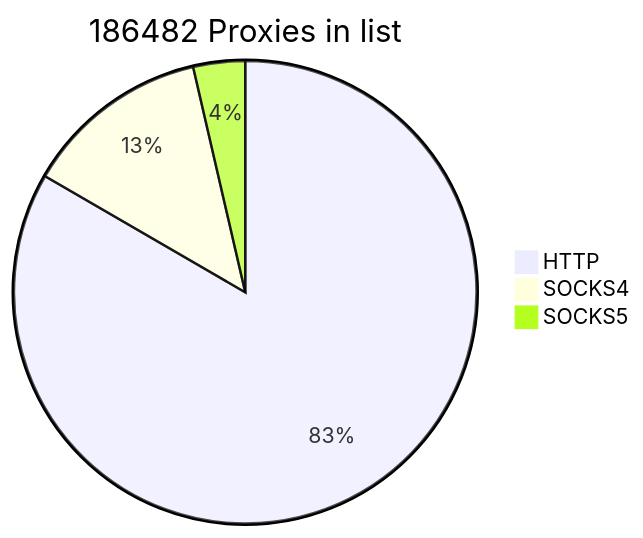
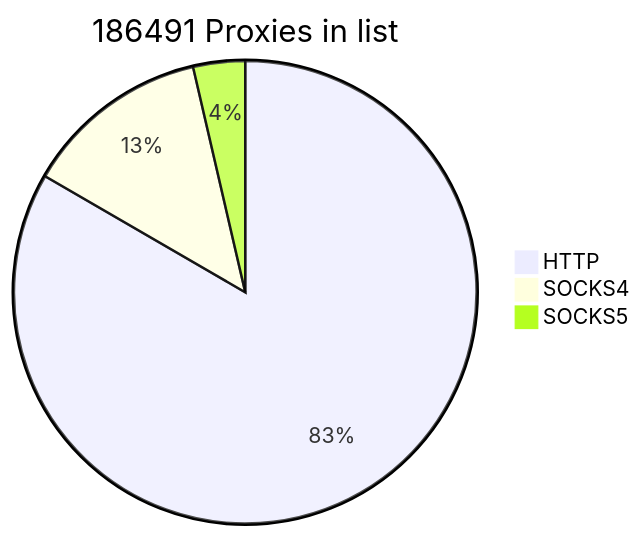
One commit to cutipu/proxylist changed the first of 2 diagrams in README.md. Above: the diagram before and after it, drawn with Mermaid. The commit also changed other lines of this file, not shown here.

````diff
--- a/README.md
+++ b/README.md
@@ -2,7 +2,7 @@
 ```mermaid
-pie title 186482 Proxies in list
+pie title 186491 Proxies in list
     "HTTP" : 155460
-    "SOCKS4" : 24274
-    "SOCKS5" : 6748
+    "SOCKS4" : 24273
+    "SOCKS5" : 6758
             
 ```
````
